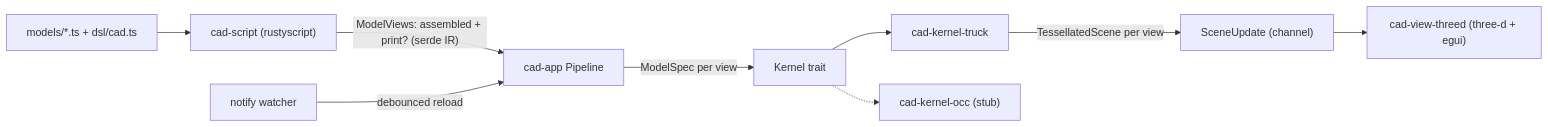
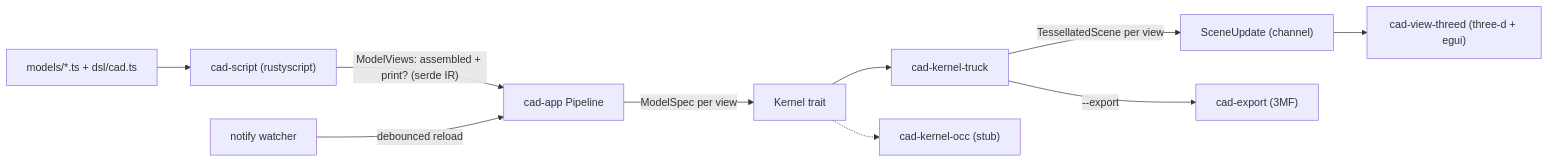
Before and after one commit to tyler-goodwin/platecad: the diagram in architecture/README.md, drawn with Mermaid. The commit also changed other lines of this file and 8 other files, not shown here.

````diff
--- a/architecture/README.md
+++ b/architecture/README.md
@@ -13,11 +13,12 @@
 ```mermaid
 flowchart LR
   ts["models/*.ts + dsl/cad.ts"] --> script["cad-script (rustyscript)"]
   script -->|"ModelViews: assembled + print? (serde IR)"| pipeline["cad-app Pipeline"]
   pipeline -->|"ModelSpec per view"| kernel["Kernel trait"]
   kernel --> truck["cad-kernel-truck"]
   kernel -.-> occ["cad-kernel-occ (stub)"]
   truck -->|"TessellatedScene per view"| update["SceneUpdate (channel)"]
   update --> view["cad-view-threed (three-d + egui)"]
+  truck -->|"--export"| export["cad-export (3MF)"]
   watch["notify watcher"] -->|"debounced reload"| pipeline
 ```
````
